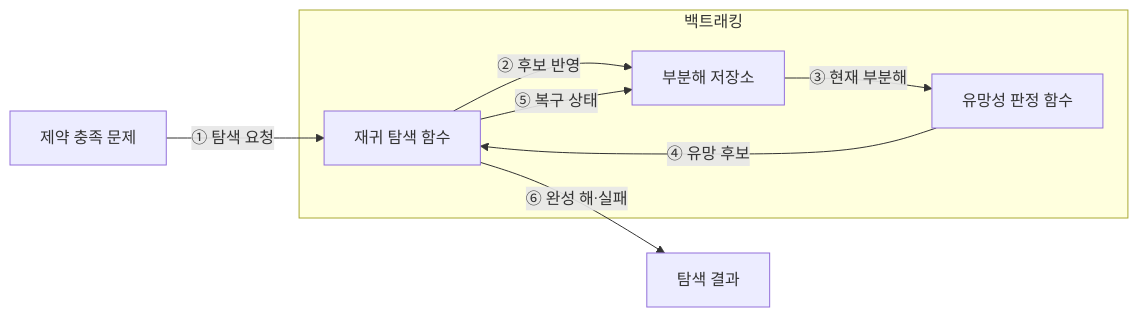
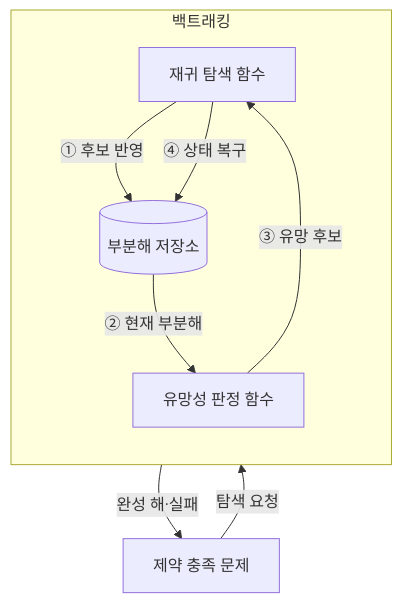
One commit to agnusdei1207/knowledge-base changed the second of 3 diagrams in src/content/docs/notes/01-basic-theory/016_backtracking.md. Above: the diagram before and after it, drawn with Mermaid. The commit also changed other lines of this file and 18 other files, not shown here.

Commit message:
docs: revise basic theory notes 001-020 diagrams

````diff
--- a/src/content/docs/notes/01-basic-theory/016_backtracking.md
+++ b/src/content/docs/notes/01-basic-theory/016_backtracking.md
@@ -63,11 +79,16 @@
 ```mermaid
-flowchart LR
-    Q[제약 충족 문제] -->|① 탐색 요청| R
+flowchart TB
+    Q[제약 충족 문제]
     subgraph B[백트래킹]
-        R[재귀 탐색 함수] -->|② 후보 반영| P[부분해 저장소]
-        P -->|③ 현재 부분해| V[유망성 판정 함수]
-        V -->|④ 유망 후보| R
-        R -->|⑤ 복구 상태| P
+        direction TB
+        R[재귀 탐색 함수]
+        P[(부분해 저장소)]
+        V[유망성 판정 함수]
+        R -->|① 후보 반영| P
+        P -->|② 현재 부분해| V
+        V -->|③ 유망 후보| R
+        R -->|④ 상태 복구| P
     end
-    R -->|⑥ 완성 해·실패| O[탐색 결과]
+    Q -->|탐색 요청| R
+    R -->|완성 해·실패| Q
 ```
````
